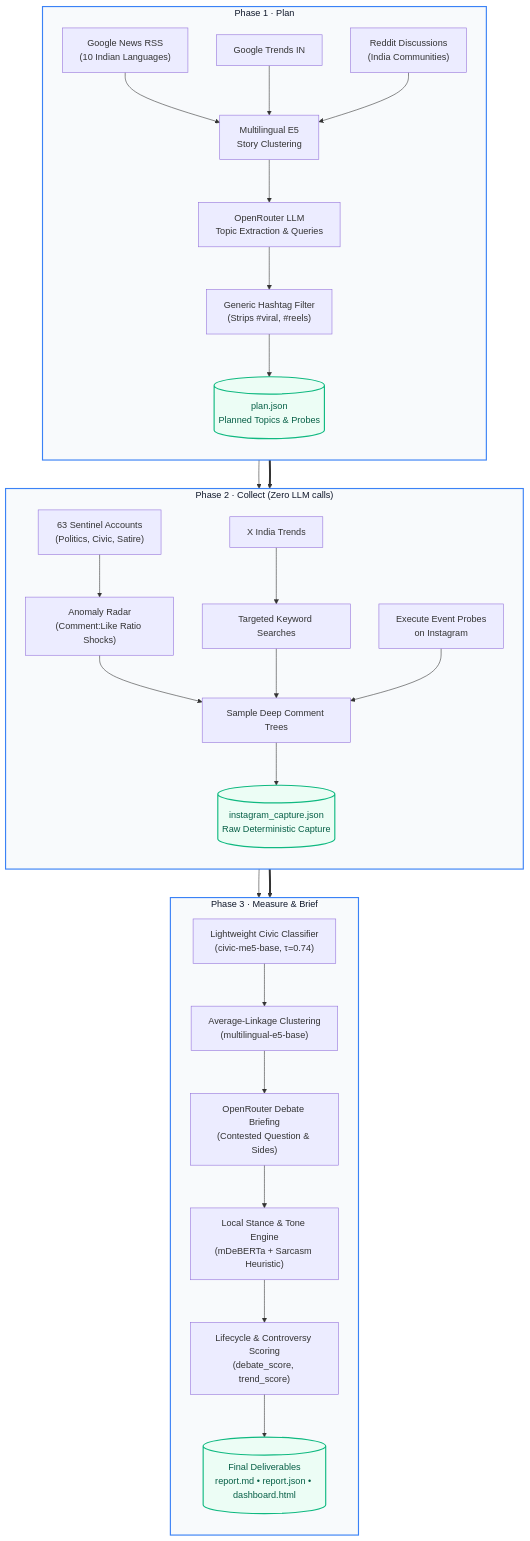
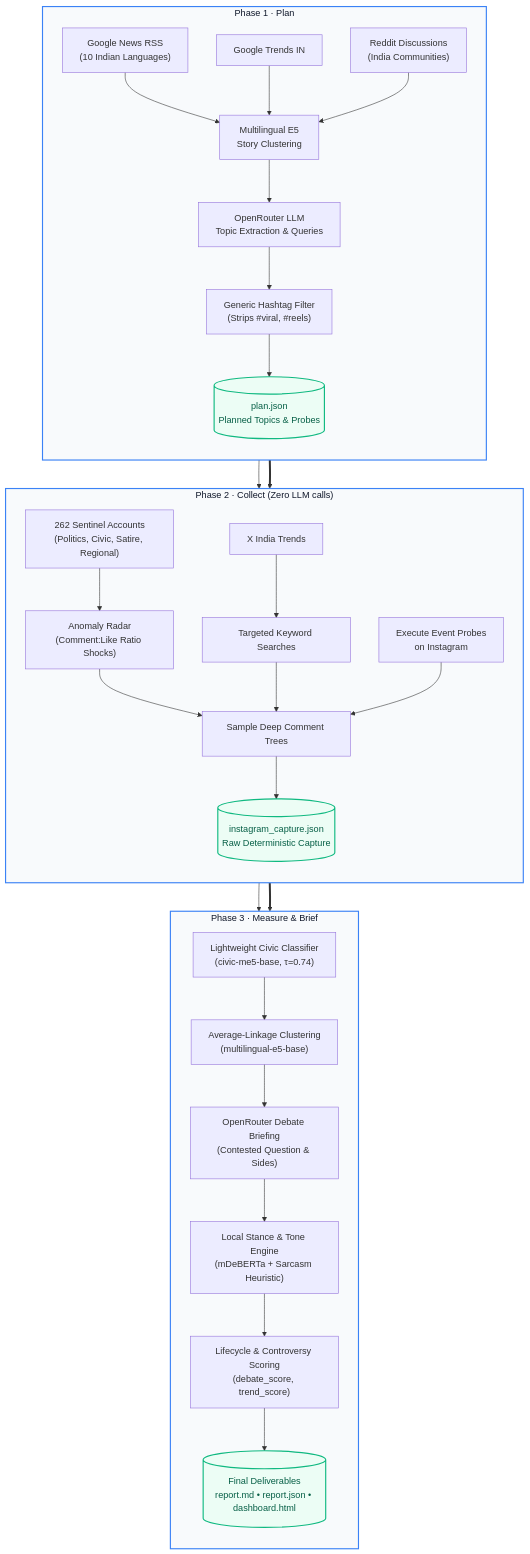
The diagram in README.md (shankha06/identify-what-matters), drawn with Mermaid before and after one commit. The commit also changed other lines of this file and 72 other files, not shown here.

````diff
--- a/README.md
+++ b/README.md
@@ -125,44 +139,44 @@
 ```mermaid
 flowchart TD
     %% Phase 1
     subgraph P1["Phase 1 · Plan"]
         direction TB
         NEWS["Google News RSS<br/>(10 Indian Languages)"] --> EMB1["Multilingual E5<br/>Story Clustering"]
         GT["Google Trends IN"] --> EMB1
         REDDIT["Reddit Discussions<br/>(India Communities)"] --> EMB1
         EMB1 --> LLM1["OpenRouter LLM<br/>Topic Extraction & Queries"]
         LLM1 --> FILTER1["Generic Hashtag Filter<br/>(Strips #viral, #reels)"]
         FILTER1 --> PLAN_OUT[("plan.json<br/>Planned Topics & Probes")]
     end
 
     %% Phase 2
     subgraph P2["Phase 2 · Collect (Zero LLM calls)"]
         direction TB
         PLAN_OUT --> PROBES["Execute Event Probes<br/>on Instagram"]
         XT["X India Trends"] --> SEARCH["Targeted Keyword Searches"]
-        PANEL["63 Sentinel Accounts<br/>(Politics, Civic, Satire)"] --> RADAR["Anomaly Radar<br/>(Comment:Like Ratio Shocks)"]
+        PANEL["262 Sentinel Accounts<br/>(Politics, Civic, Satire, Regional)"] --> RADAR["Anomaly Radar<br/>(Comment:Like Ratio Shocks)"]
         RADAR --> TREES["Sample Deep Comment Trees"]
         SEARCH --> TREES
         PROBES --> TREES
         TREES --> CAP_OUT[("instagram_capture.json<br/>Raw Deterministic Capture")]
     end
 
     %% Phase 3
     subgraph P3["Phase 3 · Measure & Brief"]
         direction TB
         CAP_OUT --> CIVIC["Lightweight Civic Classifier<br/>(civic-me5-base, &tau;=0.74)"]
         CIVIC --> CLUST["Average-Linkage Clustering<br/>(multilingual-e5-base)"]
         CLUST --> BRIEF["OpenRouter Debate Briefing<br/>(Contested Question & Sides)"]
         BRIEF --> LOCAL_ML["Local Stance & Tone Engine<br/>(mDeBERTa + Sarcasm Heuristic)"]
         LOCAL_ML --> SCORE["Lifecycle & Controversy Scoring<br/>(debate_score, trend_score)"]
         SCORE --> REPORT[("Final Deliverables<br/>report.md • report.json • dashboard.html")]
     end
 
     P1 ==> P2
     P2 ==> P3
 
     classDef phase fill:#f8fafc,stroke:#3b82f6,stroke-width:2px,color:#0f172a;
     classDef store fill:#ecfdf5,stroke:#10b981,stroke-width:2px,color:#065f46;
     class P1,P2,P3 phase;
     class PLAN_OUT,CAP_OUT,REPORT store;
 ```
````
